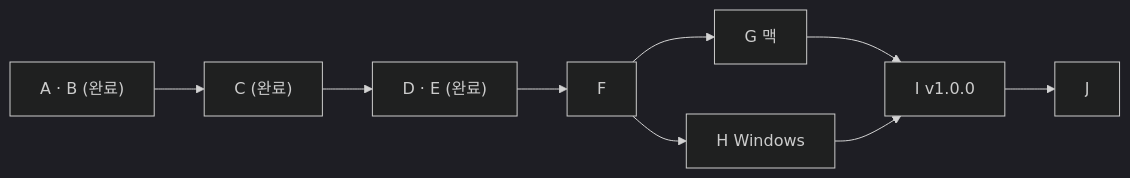
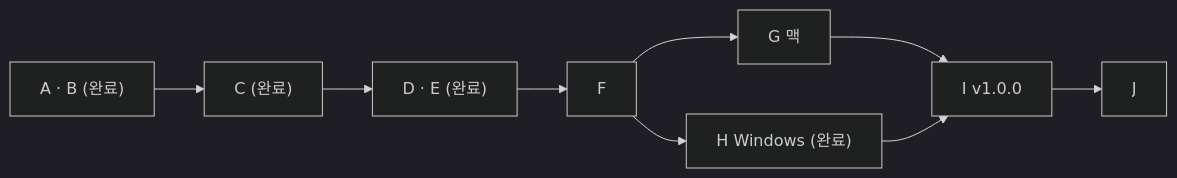
The second of 2 diagrams in docs/2026-11-23-skill-drive-v1-status-and-handoff.md (Seosiju/my-skills), drawn with Mermaid (dark theme) before and after one commit. The commit also changed other lines of this file and 2 other files, not shown here.

````diff
--- a/docs/2026-11-23-skill-drive-v1-status-and-handoff.md
+++ b/docs/2026-11-23-skill-drive-v1-status-and-handoff.md
@@ -249,9 +267,9 @@
 ```mermaid
 flowchart LR
   AB["A · B (완료)"] --> C["C (완료)"] --> DE["D · E (완료)"] --> F["F"]
   F --> G["G 맥"]
-  F --> H["H Windows"]
+  F --> H["H Windows (완료)"]
   G --> I["I v1.0.0"]
   H --> I
   I --> J["J"]
 ```
````
